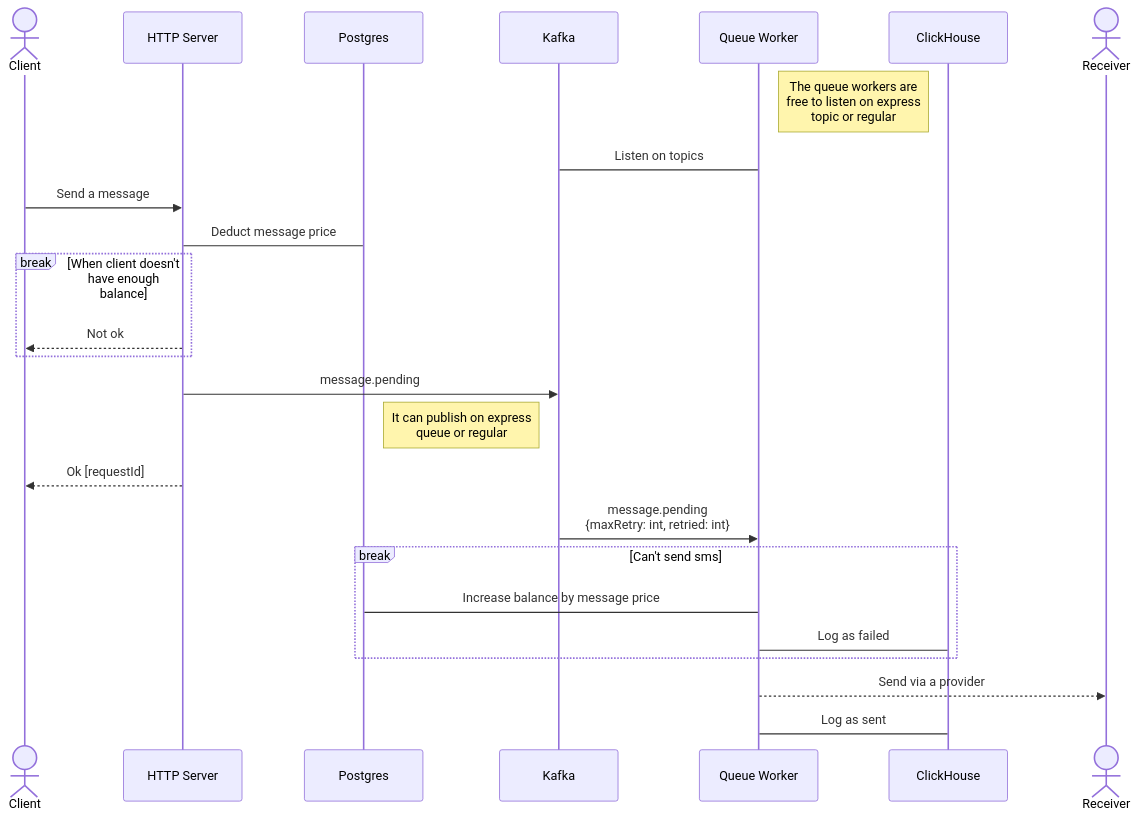
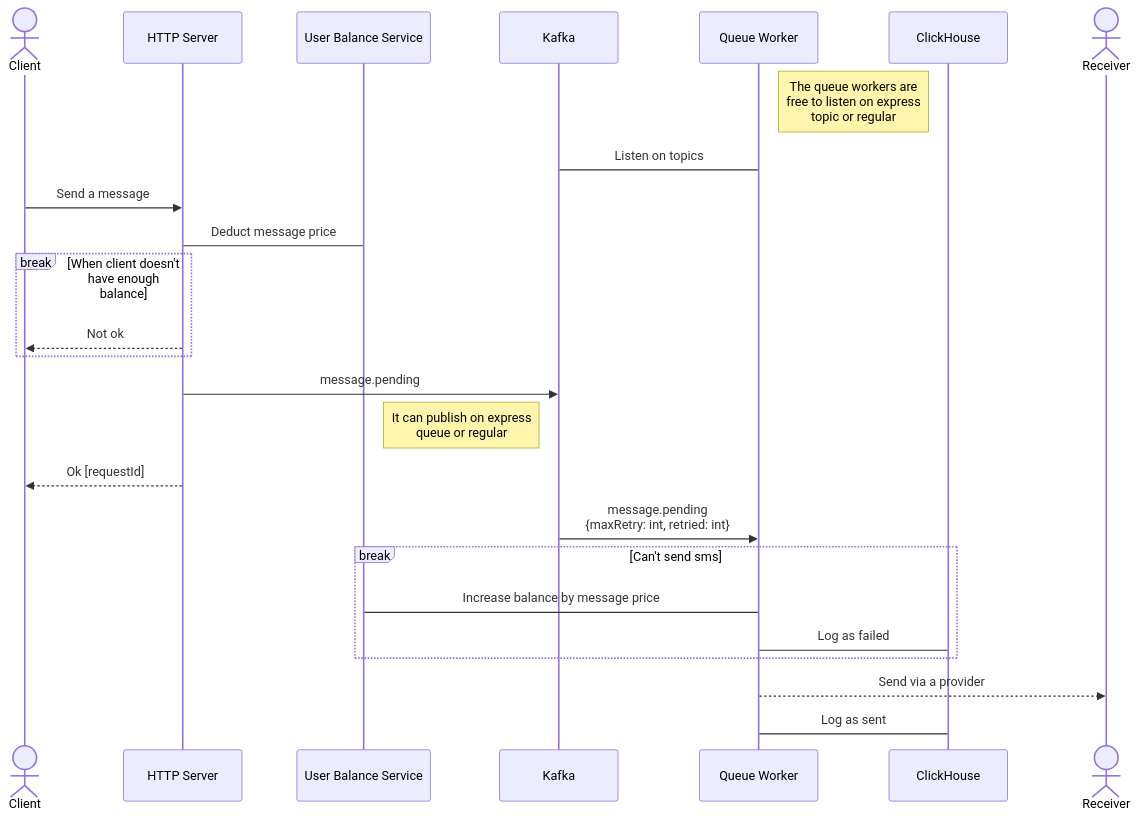
Before and after one commit to kadsin/sms-gateway: the first of 3 diagrams in docs/architecture.md, drawn with Mermaid. The commit also changed other lines of this file and 27 other files, not shown here.

First line of the commit message:
perf(user balance): Implement the service and worker (#25)

````diff
--- a/docs/architecture.md
+++ b/docs/architecture.md
@@ -5,31 +5,31 @@
 ```mermaid
 sequenceDiagram
     Actor c as Client
     Participant s as HTTP Server
-    Participant pdb as Postgres
+    Participant ubs as User Balance Service
     Participant mb as Kafka
     Participant w as Queue Worker
     Note right of w : The queue workers are<br>free to listen on express<br>topic or regular
     Participant cdb as ClickHouse
     Actor r as Receiver
 
 w->mb : Listen on topics
 
 c->>s : Send a message
-s->pdb : Deduct message price
+s->ubs : Deduct message price
 
 break When client doesn't have enough balance
     s-->>c : Not ok
 end
 
 s->>mb : message.pending
 Note left of mb : It can publish on express<br>queue or regular
 s-->>c : Ok [requestId]
 mb->>w : message.pending<br>{maxRetry: int, retried: int}
 break Can't send sms
-    w->pdb : Increase balance by message price
+    w->ubs : Increase balance by message price
     w->cdb : Log as failed
 end
 w-->>r: Send via a provider
 w->cdb : Log as sent
 ```
````
